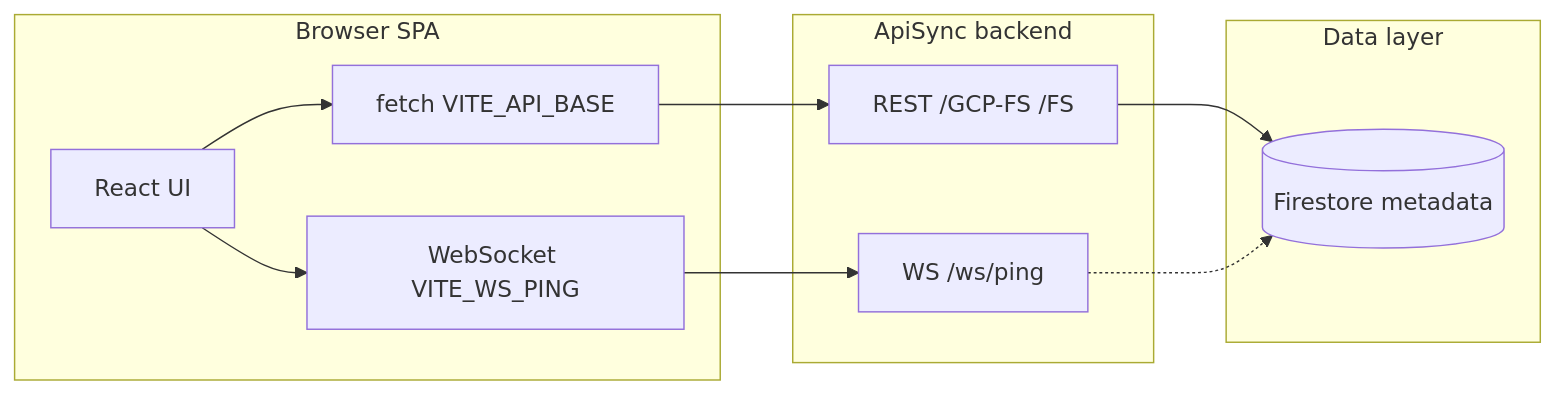
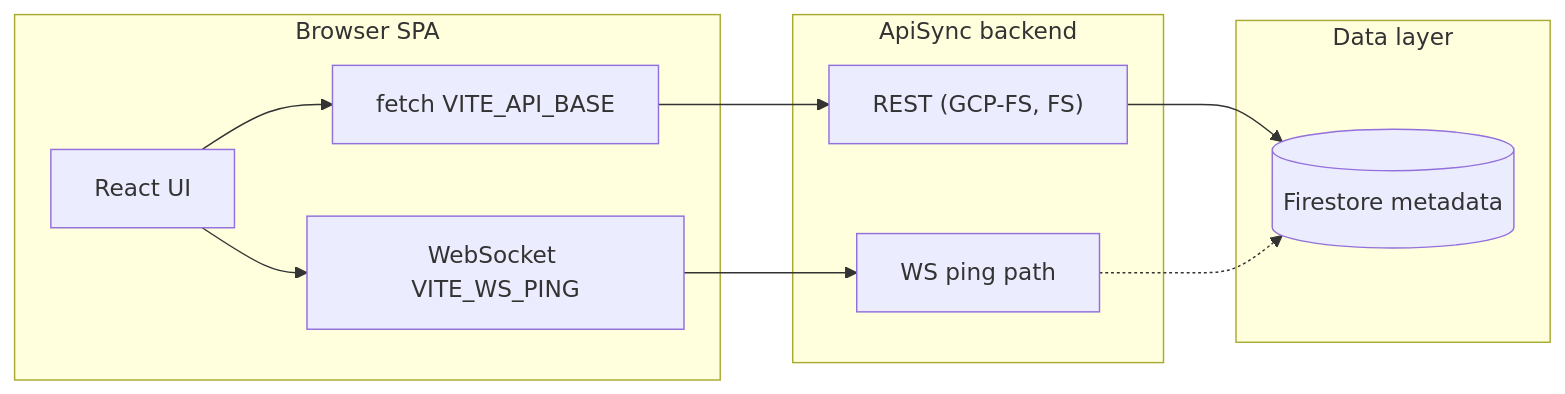
Before and after one commit to field-4d/cloud: the first of 5 diagrams in Reggie_Online/reggie_online/README.md, drawn with Mermaid. The commit also changed other lines of this file and 9 other files, not shown here.

````diff
--- a/Reggie_Online/reggie_online/README.md
+++ b/Reggie_Online/reggie_online/README.md
@@ -123,21 +123,21 @@
 ```mermaid
 flowchart LR
   subgraph browser [Browser SPA]
     UI[React UI]
     HTTP[fetch VITE_API_BASE]
     WS[WebSocket VITE_WS_PING]
   end
   subgraph apisync [ApiSync backend]
-    REST[REST /GCP-FS /FS]
-    WSSrv[WS /ws/ping]
+    REST["REST (GCP-FS, FS)"]
+    WSSrv["WS ping path"]
   end
   subgraph data [Data layer]
     FS[(Firestore metadata)]
   end
   UI --> HTTP
   UI --> WS
   HTTP --> REST
   WS --> WSSrv
   REST --> FS
   WSSrv -.-> FS
 ```
````
